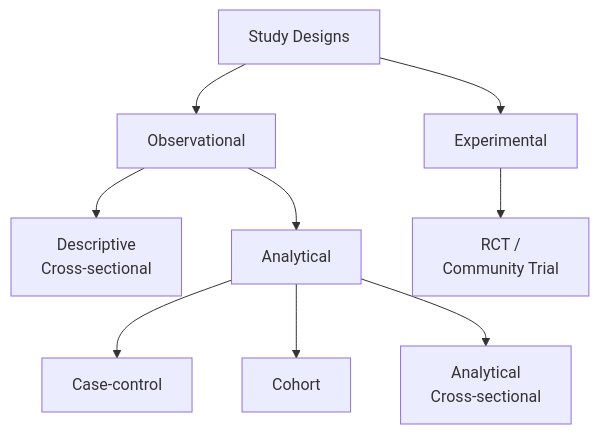
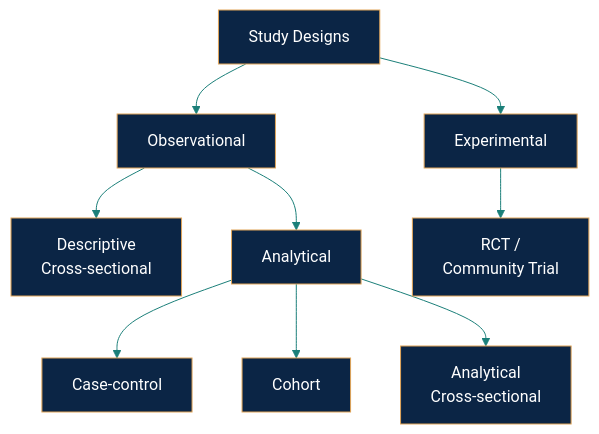
Before and after one commit to stephenbalogun/research-data-analysis-workshop: the second of 8 diagrams in index.qmd, drawn with Mermaid. The commit also changed other lines of this file and 378 other files, not shown here.

````diff
--- a/index.qmd
+++ b/index.qmd
@@ -209,11 +223,12 @@
 ```{mermaid}
+%%{init: {'theme':'base', 'themeVariables': { 'primaryColor':'#0B2545','primaryTextColor':'#ffffff','primaryBorderColor':'#E0A458','lineColor':'#1B7F79','secondaryColor':'#5B8C5A','tertiaryColor':'#F7F5F0'}}}%%
 flowchart TD
   S[Study Designs] --> O[Observational]
   S --> E[Experimental]
   O --> D1[Descriptive<br>Cross-sectional]
   O --> D2[Analytical]
   D2 --> CC[Case-control]
   D2 --> CO[Cohort]
   D2 --> CS[Analytical<br>Cross-sectional]
   E --> RCT[RCT /<br>Community Trial]
 ```
````
